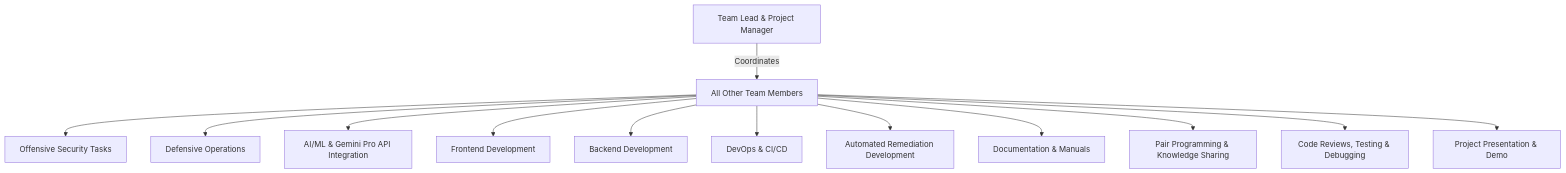
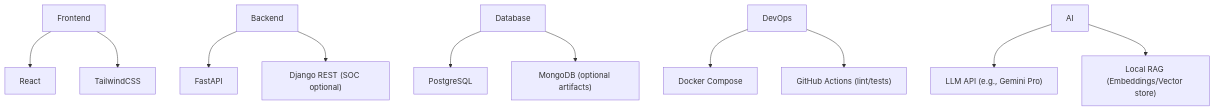
Before and after one commit to mahmoud01277599066-design/Advanced-Cybersecurity-Intelligence-Platform-v1: the seventh of 20 diagrams in 0 - Proposal.md, drawn with Mermaid. The commit also changed other lines of this file, not shown here.

````diff
--- a/0 - Proposal.md
+++ b/0 - Proposal.md
@@ -98,15 +148,19 @@
 ```mermaid
 graph TD
-    TL[Team Lead & Project Manager] -->|Coordinates| Team[All Other Team Members]
-    Team --> Offensive[Offensive Security Tasks]
-    Team --> Defensive[Defensive Operations]
-    Team --> AIIntegration[AI/ML & Gemini Pro API Integration]
-    Team --> Frontend[Frontend Development]
-    Team --> Backend[Backend Development]
-    Team --> DevOps[DevOps & CI/CD]
-    Team --> Remediation[Automated Remediation Development]
-    Team --> Documentation[Documentation & Manuals]
-    Team --> Collaboration[Pair Programming & Knowledge Sharing]
-    Team --> Quality[Code Reviews, Testing & Debugging]
-    Team --> Presentation[Project Presentation & Demo]
+  FE[Frontend] --> FE1[React]
+  FE --> FE2[TailwindCSS]
+
+  BE[Backend] --> BE1[FastAPI]
+  BE --> BE2["Django REST (SOC optional)"]
+
+  DATA[Database] --> D1[PostgreSQL]
+  DATA --> D2["MongoDB (optional artifacts)"]
+
+  DEVOPS[DevOps] --> DO1["Docker Compose"]
+  DEVOPS --> DO2["GitHub Actions (lint/tests)"]
+
+  AI[AI] --> AI1["LLM API (e.g., Gemini Pro)"]
+  AI --> AI2["Local RAG (Embeddings/Vector store)"]
+
+
 ```
````
